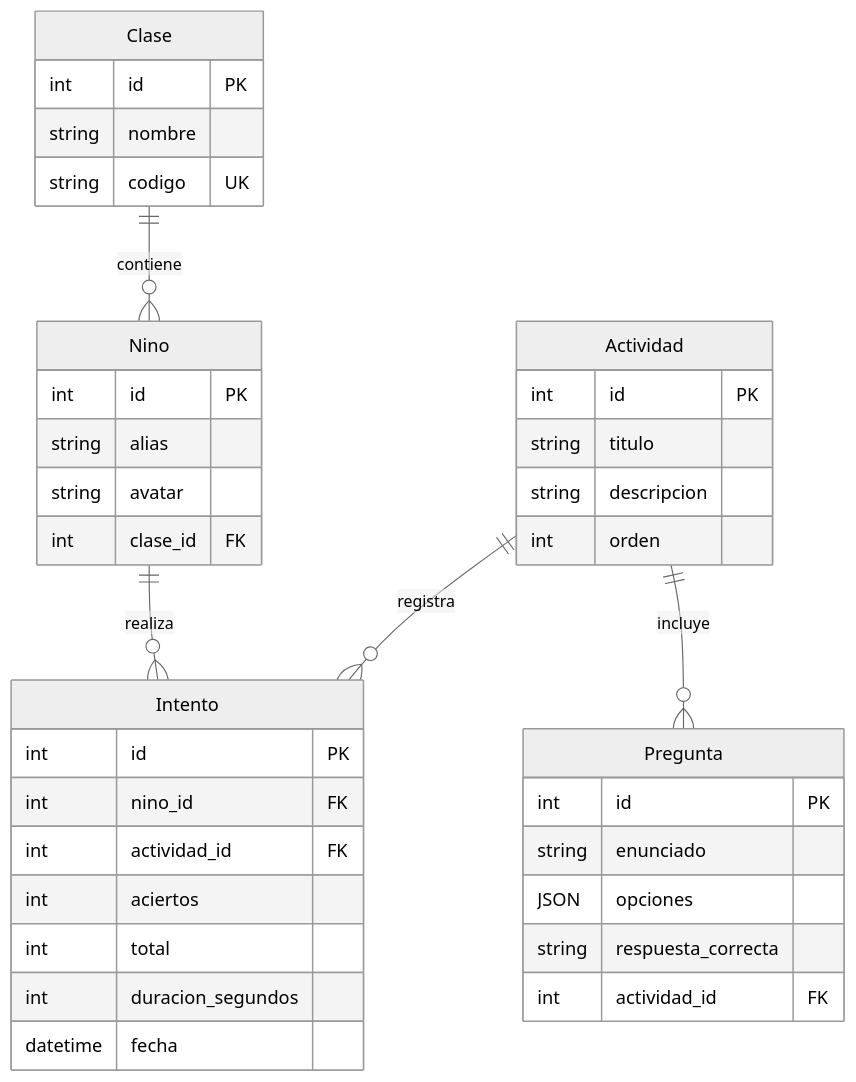
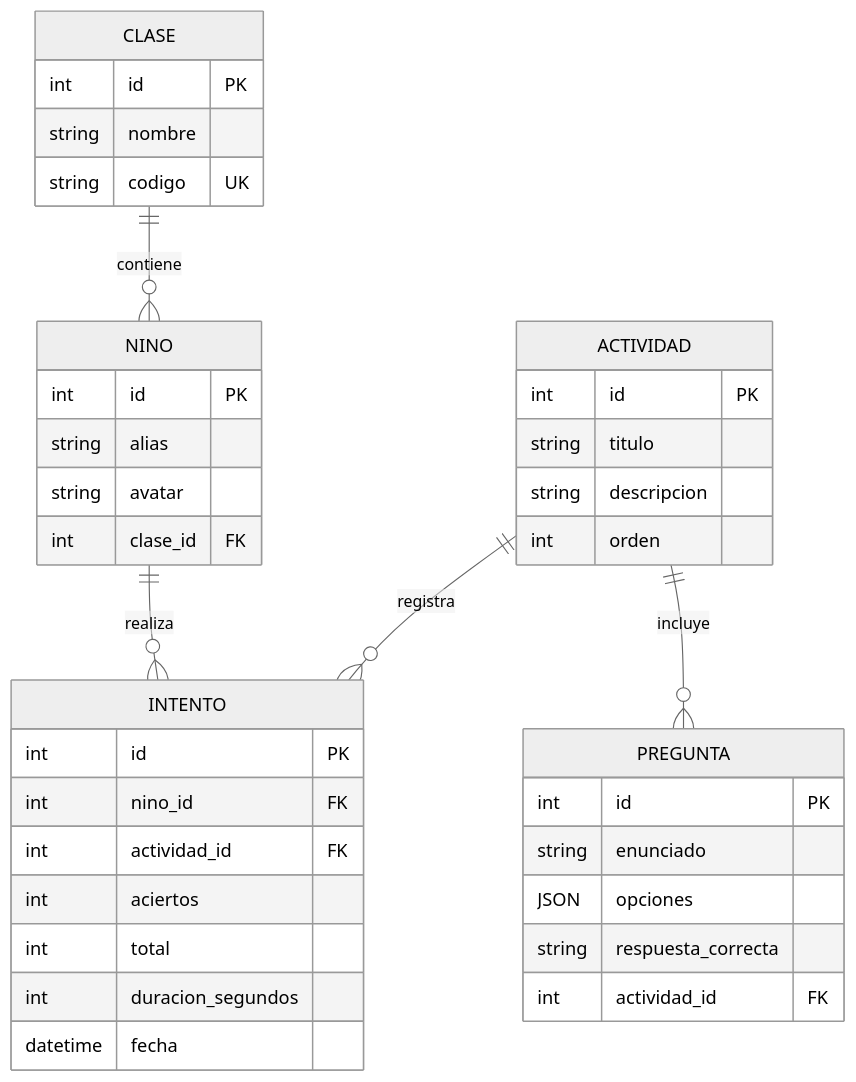
Before and after one commit to gpsanchezr/plataforma-ludica: the diagram in specs/plan.md, drawn with Mermaid (neutral theme).

Commit message:
Corrige el diagrama ER Mermaid en specs/plan.md

````diff
--- a/specs/plan.md
+++ b/specs/plan.md
@@ -9,41 +9,41 @@
 ```mermaid
 erDiagram
-    Clase ||--o{ Nino : contiene
-    Actividad ||--o{ Pregunta : incluye
-    Nino ||--o{ Intento : realiza
-    Actividad ||--o{ Intento : registra
+    CLASE ||--o{ NINO : contiene
+    ACTIVIDAD ||--o{ PREGUNTA : incluye
+    NINO ||--o{ INTENTO : realiza
+    ACTIVIDAD ||--o{ INTENTO : registra
 
-    Clase {
+    CLASE {
         int id PK
         string nombre
         string codigo UK
     }
-    Nino {
+    NINO {
         int id PK
         string alias
         string avatar
         int clase_id FK
     }
-    Actividad {
+    ACTIVIDAD {
         int id PK
         string titulo
         string descripcion
         int orden
     }
-    Pregunta {
+    PREGUNTA {
         int id PK
         string enunciado
         JSON opciones
         string respuesta_correcta
         int actividad_id FK
     }
-    Intento {
+    INTENTO {
         int id PK
         int nino_id FK
         int actividad_id FK
         int aciertos
         int total
         int duracion_segundos
         datetime fecha
     }
 ```
````
